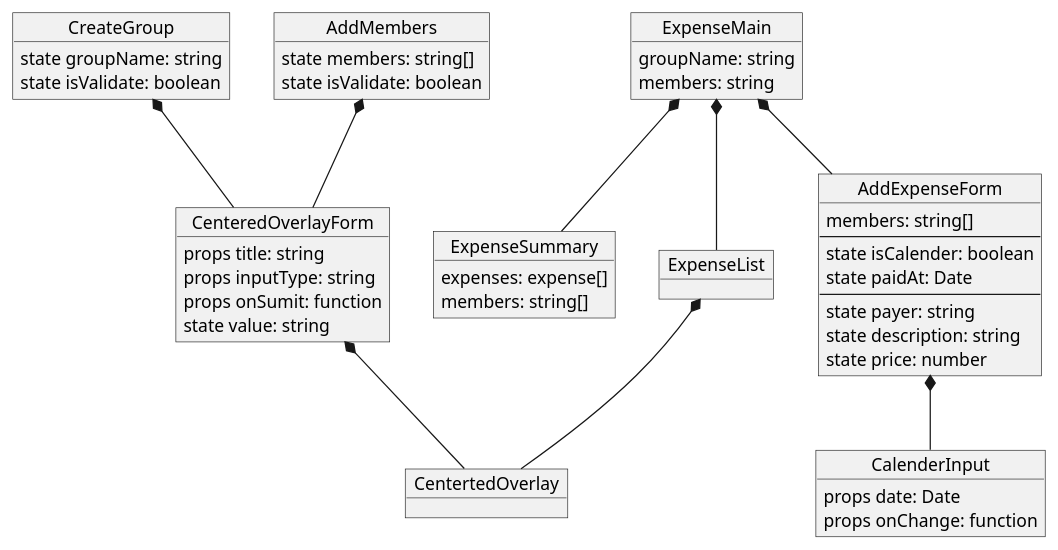
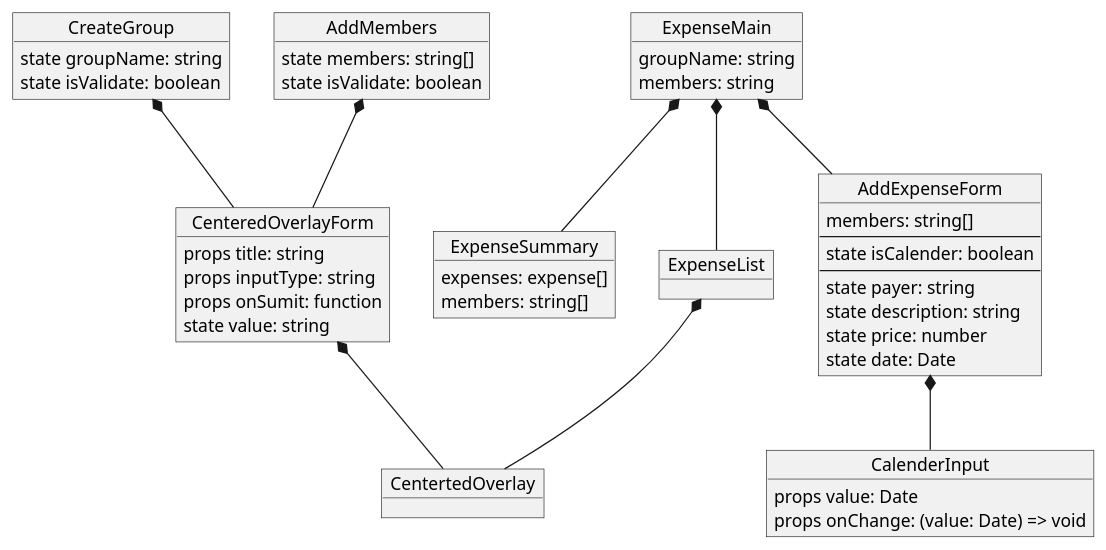
The diagram in docs/react_diagram.plantuml (Sunset-Kim/dutchpay-app), drawn with PlantUML before and after one commit.

Commit message:
docs: fix calendar input, expenseForm

```diff
--- a/docs/react_diagram.plantuml
+++ b/docs/react_diagram.plantuml
@@ -1,62 +1,62 @@
 @startuml react component
 
 object CreateGroup {
   state groupName: string
   state isValidate: boolean
 }
 object AddMembers {
   state members: string[]
   state isValidate: boolean
 }
 object ExpenseMain {
   groupName: string
   members: string
 
   'TODO: state
 }
 
 object CenteredOverlayForm {
   props title: string
   props inputType: string
   props onSumit: function
 
   state value: string
 }
 
 object CentertedOverlay
 
 
 object AddExpenseForm {
   members: string[]
   ---
   state isCalender: boolean
-  state paidAt: Date
   --- 
   state payer: string
   state description: string
   state price: number
+  state date: Date
 }
 object ExpenseSummary {
   expenses: expense[]
   members: string[]
 }
 object ExpenseList
 
 object CalenderInput {
-  props date: Date
-  props onChange: function
+  props value: Date
+  props onChange: (value: Date) => void
 }
 
 CenteredOverlayForm *-- CentertedOverlay
 CreateGroup *-- CenteredOverlayForm
 AddMembers *-- CenteredOverlayForm
 
 ExpenseMain *-- AddExpenseForm
 ExpenseMain *-- ExpenseSummary
 ExpenseMain *-- ExpenseList
 
 AddExpenseForm *-- CalenderInput
 
 ExpenseList *-- CentertedOverlay
 
 @enduml
```
